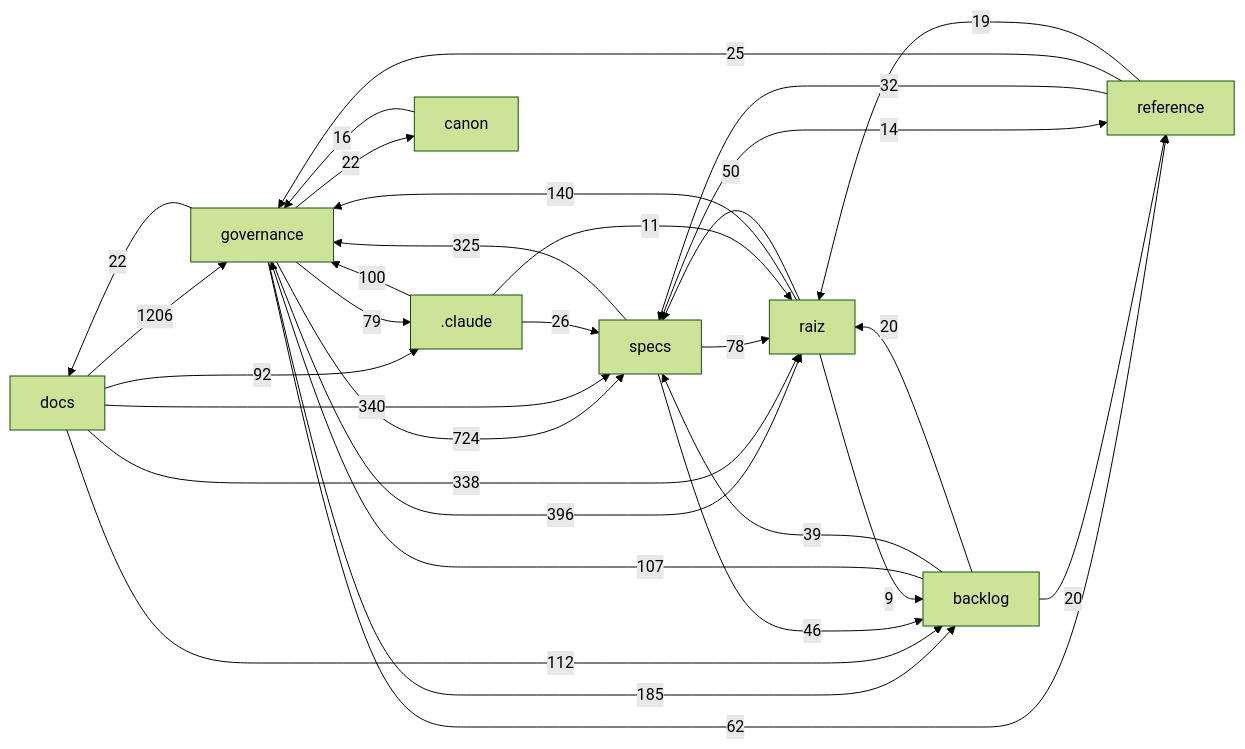
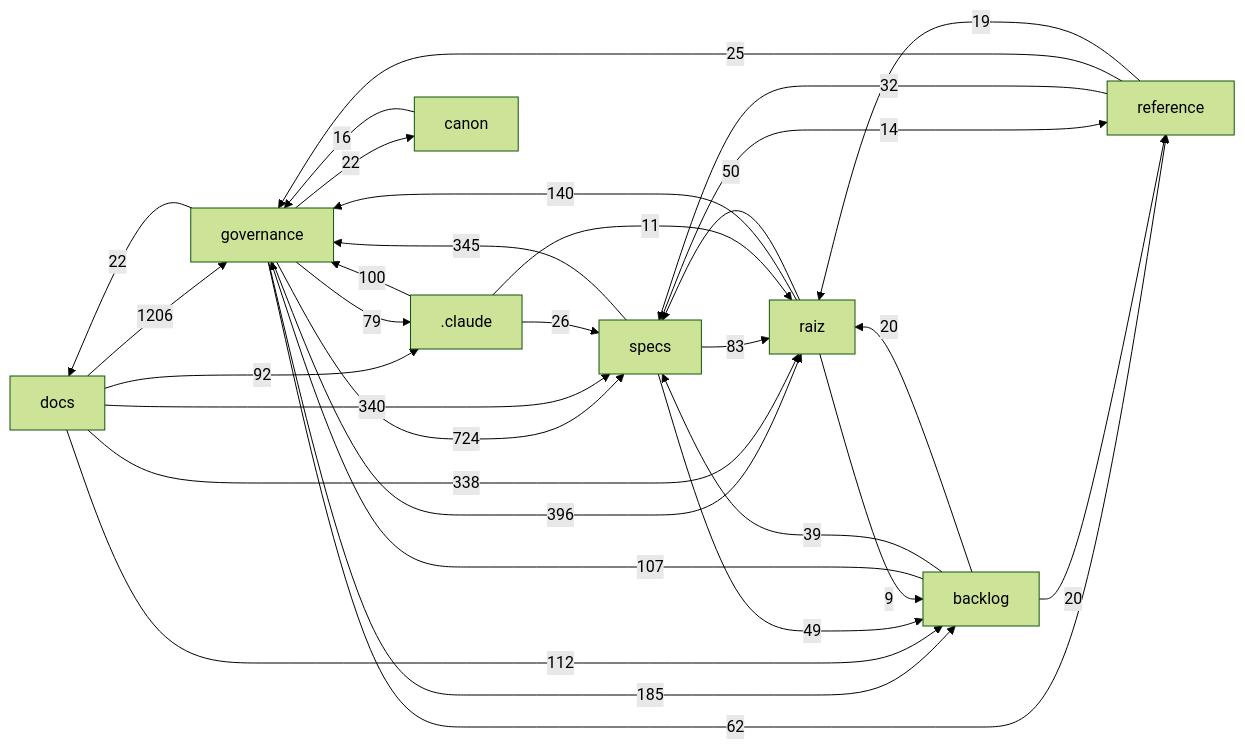
One commit to Andraus35/Sistema-Operacional-de-Trading--SOT changed the diagram in docs/mapa/MAPA-PROJETO.md. Above: the diagram before and after it, drawn with Mermaid (forest theme). The commit also changed other lines of this file and 28 other files, not shown here.

````diff
--- a/docs/mapa/MAPA-PROJETO.md
+++ b/docs/mapa/MAPA-PROJETO.md
@@ -29,33 +29,33 @@
 ```mermaid
 flowchart LR
   docs["docs"] -->|1206| governance["governance"]
   governance["governance"] -->|724| specs["specs"]
   governance["governance"] -->|396| raiz["raiz"]
+  specs["specs"] -->|345| governance["governance"]
   docs["docs"] -->|340| specs["specs"]
   docs["docs"] -->|338| raiz["raiz"]
-  specs["specs"] -->|325| governance["governance"]
   governance["governance"] -->|185| backlog["backlog"]
   raiz["raiz"] -->|140| governance["governance"]
   docs["docs"] -->|112| backlog["backlog"]
   backlog["backlog"] -->|107| governance["governance"]
   _claude[".claude"] -->|100| governance["governance"]
   docs["docs"] -->|92| _claude[".claude"]
+  specs["specs"] -->|83| raiz["raiz"]
   governance["governance"] -->|79| _claude[".claude"]
-  specs["specs"] -->|78| raiz["raiz"]
   governance["governance"] -->|62| reference["reference"]
   raiz["raiz"] -->|50| specs["specs"]
-  specs["specs"] -->|46| backlog["backlog"]
+  specs["specs"] -->|49| backlog["backlog"]
   backlog["backlog"] -->|39| specs["specs"]
   reference["reference"] -->|32| specs["specs"]
   _claude[".claude"] -->|26| specs["specs"]
   reference["reference"] -->|25| governance["governance"]
   governance["governance"] -->|22| docs["docs"]
   governance["governance"] -->|22| canon["canon"]
   backlog["backlog"] -->|20| raiz["raiz"]
   backlog["backlog"] -->|20| reference["reference"]
   reference["reference"] -->|19| raiz["raiz"]
   canon["canon"] -->|16| governance["governance"]
   specs["specs"] -->|14| reference["reference"]
   _claude[".claude"] -->|11| raiz["raiz"]
   raiz["raiz"] -->|9| backlog["backlog"]
 ```
````
